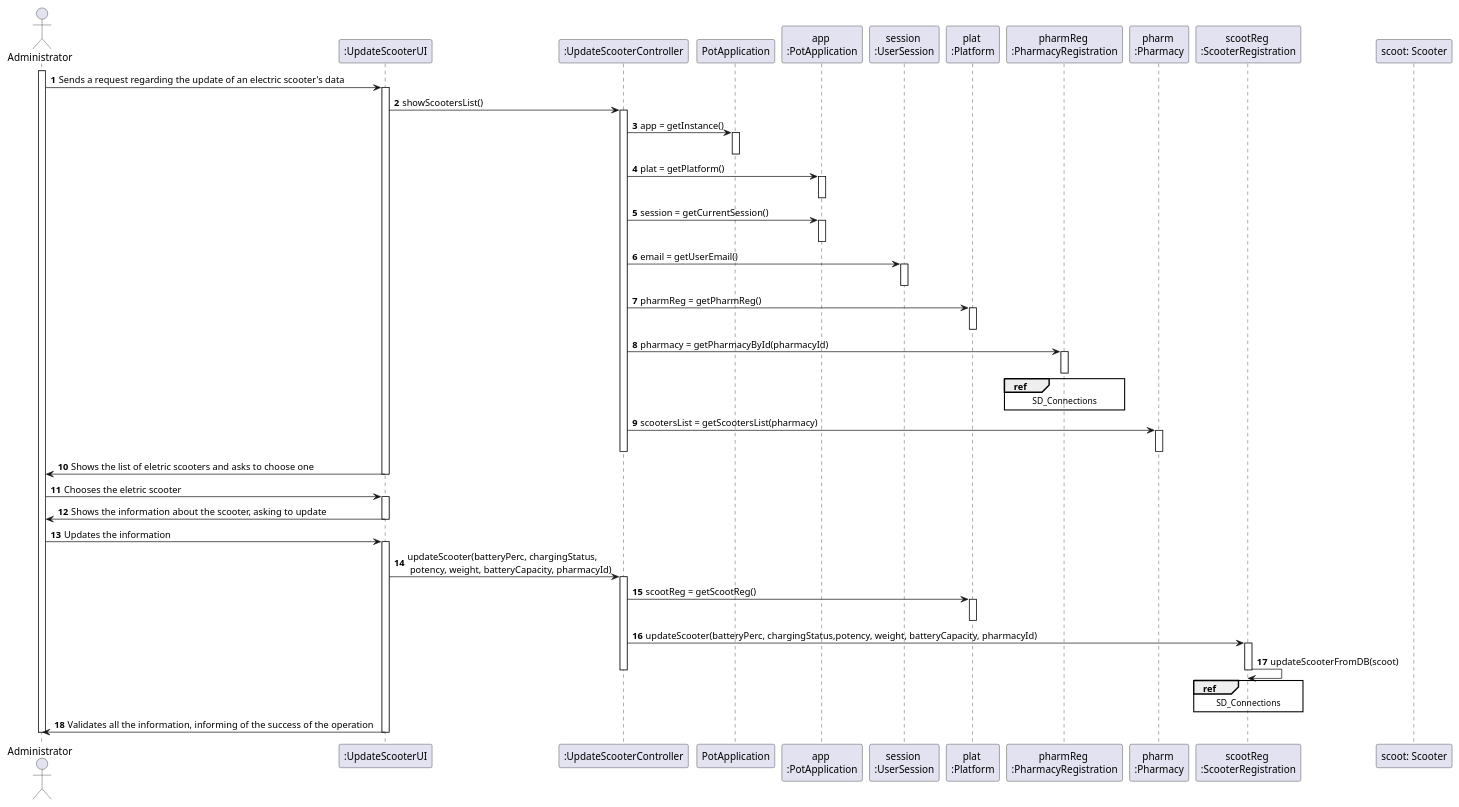
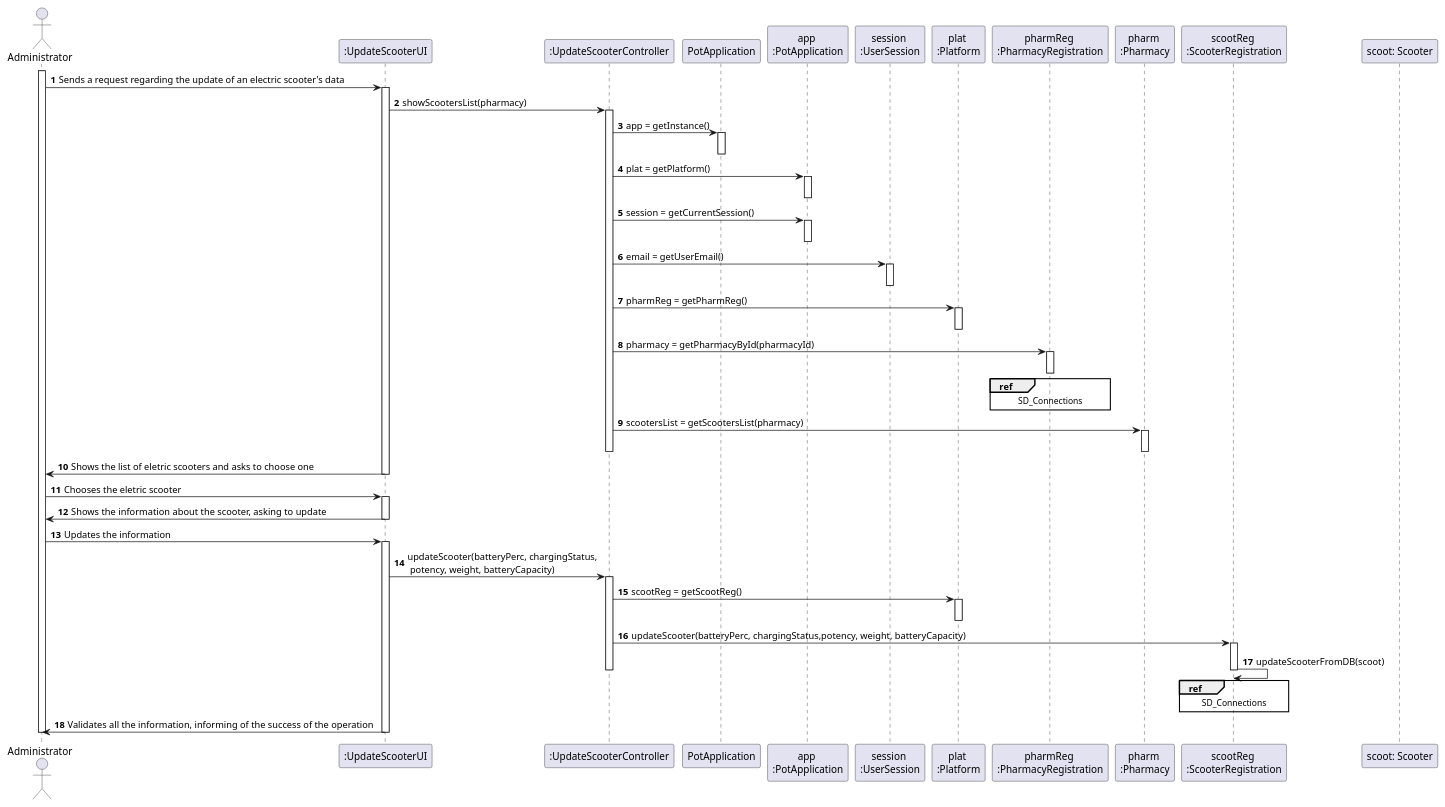
Before and after one commit to tiagoavcosta25/LAPR3: the diagram in docs/Iteration 1/Scooter Management/US32_UpdateScooter/US32_SD.puml, drawn with PlantUML. The commit also changed 6 other files, not shown here.

```diff
--- a/docs/Iteration 1/Scooter Management/US32_UpdateScooter/US32_SD.puml
+++ b/docs/Iteration 1/Scooter Management/US32_UpdateScooter/US32_SD.puml
@@ -1,79 +1,79 @@
 @startuml
 autonumber
 actor "Administrator" as ADMIN
 
 participant ":UpdateScooterUI" as UI
 participant ":UpdateScooterController" as CTRL
 participant "PotApplication" as PA
 participant "app \n:PotApplication" as APA
 participant "session \n:UserSession" as US
 participant "plat \n:Platform" as PLAT
 participant "pharmReg \n:PharmacyRegistration" as PH
 participant "pharm \n:Pharmacy" as PHARM
 participant "scootReg \n:ScooterRegistration" as RS
 participant "scoot: Scooter" as SC
 
 
 
 activate ADMIN
 
 ADMIN -> UI : Sends a request regarding the update of an electric scooter's data
 activate UI
-UI -> CTRL : showScootersList()
+UI -> CTRL : showScootersList(pharmacy)
 activate CTRL
 CTRL -> PA : app = getInstance()
 activate PA
 deactivate PA
 CTRL -> APA : plat = getPlatform()
 activate APA
 deactivate APA
 CTRL -> APA : session = getCurrentSession()
 activate APA
 deactivate APA
 CTRL -> US : email = getUserEmail()
 activate US
 deactivate US
 CTRL -> PLAT : pharmReg = getPharmReg()
 activate PLAT
 deactivate PLAT
 CTRL -> PH : pharmacy = getPharmacyById(pharmacyId)
 activate PH
 ref over PH
 SD_Connections
 end ref
 deactivate PH
 CTRL -> PHARM : scootersList = getScootersList(pharmacy)
 activate PHARM
 deactivate PHARM
 deactivate CTRL
 UI -> ADMIN : Shows the list of eletric scooters and asks to choose one
 deactivate UI
 
 ADMIN -> UI : Chooses the eletric scooter
 activate UI
 
 UI -> ADMIN : Shows the information about the scooter, asking to update
 deactivate UI
 
 ADMIN -> UI : Updates the information
 activate UI
-UI -> CTRL : updateScooter(batteryPerc, chargingStatus,\n potency, weight, batteryCapacity, pharmacyId)
+UI -> CTRL : updateScooter(batteryPerc, chargingStatus,\n potency, weight, batteryCapacity)
 activate CTRL
 CTRL -> PLAT : scootReg = getScootReg()
 activate PLAT
 deactivate PLAT
-CTRL -> RS : updateScooter(batteryPerc, chargingStatus,potency, weight, batteryCapacity, pharmacyId)
+CTRL -> RS : updateScooter(batteryPerc, chargingStatus,potency, weight, batteryCapacity)
 activate RS
 RS -> RS : updateScooterFromDB(scoot)
 ref over RS
 SD_Connections
 end ref
 deactivate RS
 deactivate CTRL
 UI -> ADMIN : Validates all the information, informing of the success of the operation
 
 deactivate UI
 
 deactivate ADMIN
 
 @enduml
```
